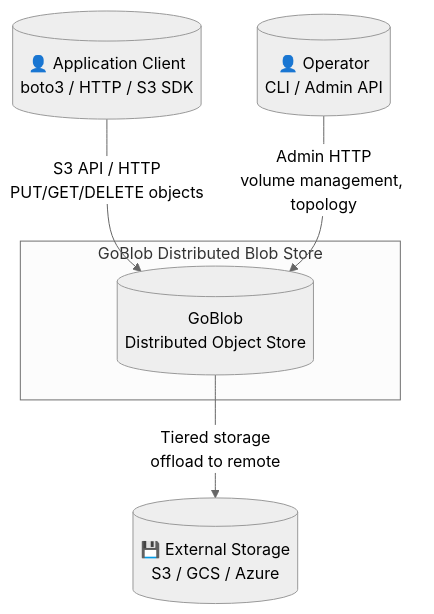
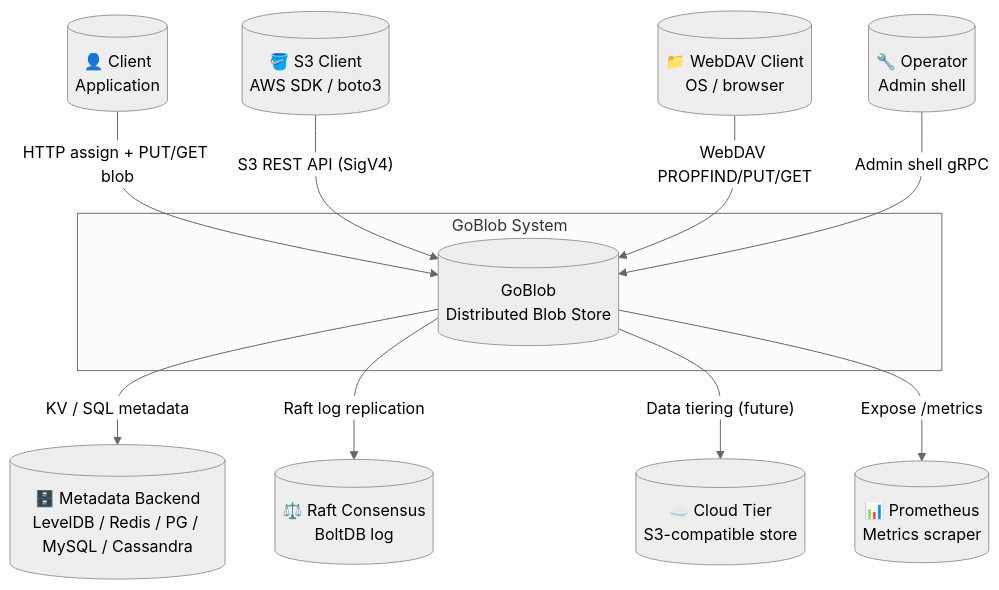
Before and after one commit to Khanh-21522203/GoBlob: the first of 15 diagrams in design/diagrams.md, drawn with Mermaid (neutral theme). The commit also changed other lines of this file, not shown here.

Commit message:
dia: diagram knowledge

````diff
--- a/design/diagrams.md
+++ b/design/diagrams.md
@@ -5,14 +5,26 @@
 ```mermaid
 flowchart TB
-    subgraph boundary[GoBlob Distributed Blob Store]
-        GOBLOB[("GoBlob\nDistributed Object Store")]
+    subgraph boundary[GoBlob System]
+        GB[("GoBlob\nDistributed Blob Store")]
     end
 
-    CLIENT[("👤 Application Client\nboto3 / HTTP / S3 SDK")]
-    OPS[("👤 Operator\nCLI / Admin API")]
-    EXTFS[("💾 External Storage\nS3 / GCS / Azure")]
+    Client[("👤 Client\nApplication")]
+    S3Client[("🪣 S3 Client\nAWS SDK / boto3")]
+    WebDAVClient[("📁 WebDAV Client\nOS / browser")]
+    AdminOp[("🔧 Operator\nAdmin shell")]
 
-    CLIENT -->|"S3 API / HTTP\nPUT/GET/DELETE objects"| GOBLOB
-    OPS -->|"Admin HTTP\nvolume management, topology"| GOBLOB
-    GOBLOB -->|"Tiered storage\noffload to remote"| EXTFS
+    MetaBackend[("🗄️ Metadata Backend\nLevelDB / Redis / PG / MySQL / Cassandra")]
+    Raft[("⚖️ Raft Consensus\nBoltDB log")]
+    CloudTier[("☁️ Cloud Tier\nS3-compatible store")]
+    Prometheus[("📊 Prometheus\nMetrics scraper")]
+
+    Client     -->|"HTTP assign + PUT/GET blob"| GB
+    S3Client   -->|"S3 REST API (SigV4)"| GB
+    WebDAVClient -->|"WebDAV PROPFIND/PUT/GET"| GB
+    AdminOp    -->|"Admin shell gRPC"| GB
+
+    GB -->|"KV / SQL metadata"| MetaBackend
+    GB -->|"Raft log replication"| Raft
+    GB -->|"Data tiering (future)"| CloudTier
+    GB -->|"Expose /metrics"| Prometheus
 ```
````
